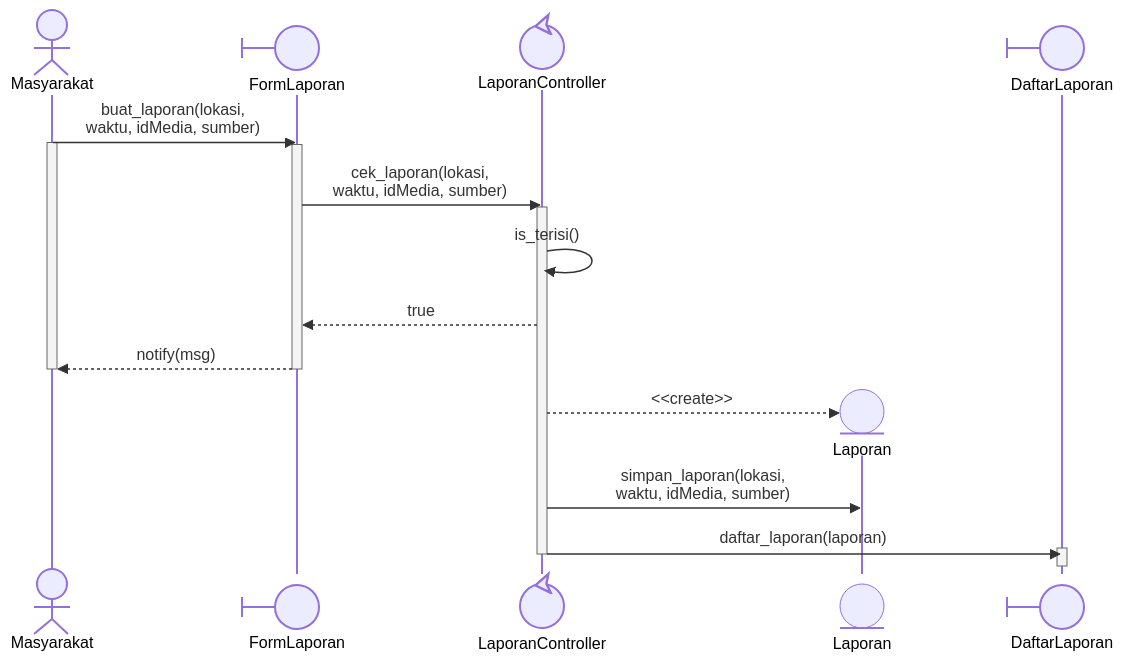
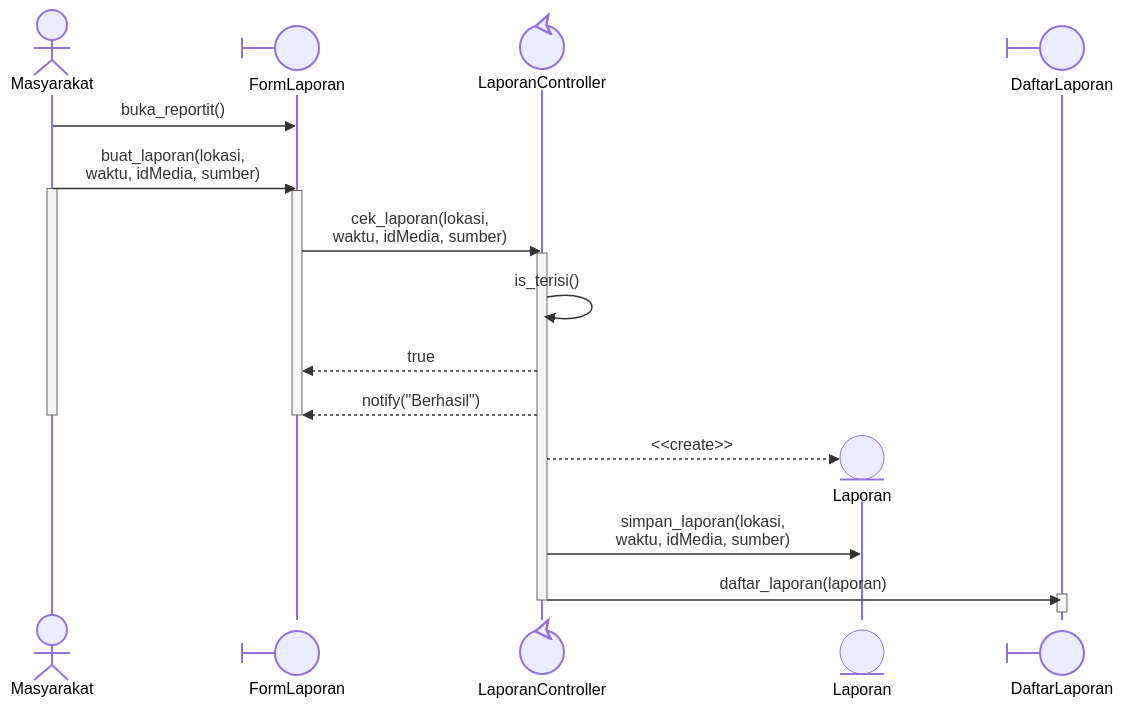
One commit to star-scripter/IF2150-RPL-K03-G02 changed the third of 28 diagrams in docs/M7/K03_G02_DPPL.md. Above: the diagram before and after it, drawn with Mermaid. The commit also changed other lines of this file, not shown here.

````diff
--- a/docs/M7/K03_G02_DPPL.md
+++ b/docs/M7/K03_G02_DPPL.md
@@ -315,29 +315,30 @@
 ```mermaid
 %%{init: {'themeCSS': '.actor-line { stroke-dasharray: 4, 4; }'}}%%
 sequenceDiagram
     actor M as Masyarakat;
     participant FL@{"type":"boundary"} as FormLaporan;
 
+    M->>FL: buka_reportit()
     M->>FL: buat_laporan(lokasi, <br/>waktu, idMedia, sumber);
     activate M;
     activate FL;
 
     participant LC@{"type":"control"} as LaporanController
     FL->>LC: cek_laporan(lokasi, <br/>waktu, idMedia, sumber)
     activate LC;
     LC->>LC: is_terisi()
     LC-->>FL: true
-    FL-->>M: notify(msg)
+    LC-->>FL: notify("Berhasil")
     deactivate FL;
     deactivate M;
     
     create participant L@{"type":"entity"} as Laporan;
     LC-->>L: <<create>>;
     LC->>L: simpan_laporan(lokasi, <br/>waktu, idMedia, sumber);
     
     participant DL@{"type":"boundary"} as DaftarLaporan;
     LC->>DL: daftar_laporan(laporan)
     activate DL;
     deactivate DL;
     deactivate LC;
 ```
````
